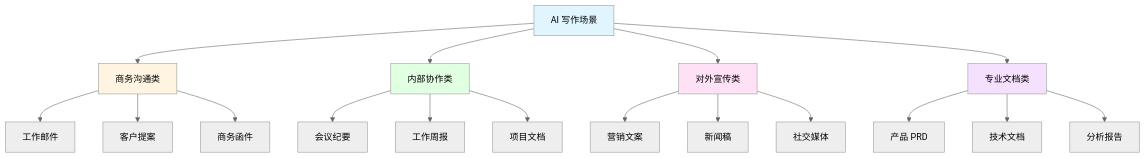
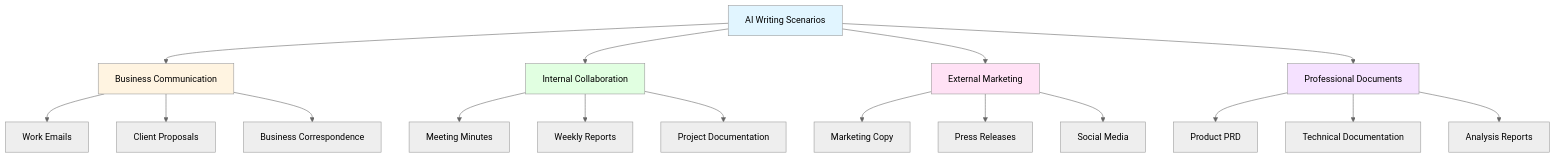
The second of 3 diagrams in docs/lessons/lesson-2.md (tianhongTina/ai-literacy-bootcamp), drawn with Mermaid (neutral theme) before and after one commit. The commit also changed other lines of this file and 18 other files, not shown here.

````diff
--- a/docs/lessons/lesson-2.md
+++ b/docs/lessons/lesson-2.md
@@ -77,29 +77,29 @@
 ```mermaid
 graph TB
-    A[AI 写作场景] --> B[商务沟通类]
-    A --> C[内部协作类]
-    A --> D[对外宣传类]
-    A --> E[专业文档类]
+    A[AI Writing Scenarios] --> B[Business Communication]
+    A --> C[Internal Collaboration]
+    A --> D[External Marketing]
+    A --> E[Professional Documents]
     
-    B --> B1[工作邮件]
-    B --> B2[客户提案]
-    B --> B3[商务函件]
+    B --> B1[Work Emails]
+    B --> B2[Client Proposals]
+    B --> B3[Business Correspondence]
     
-    C --> C1[会议纪要]
-    C --> C2[工作周报]
-    C --> C3[项目文档]
+    C --> C1[Meeting Minutes]
+    C --> C2[Weekly Reports]
+    C --> C3[Project Documentation]
     
-    D --> D1[营销文案]
-    D --> D2[新闻稿]
-    D --> D3[社交媒体]
+    D --> D1[Marketing Copy]
+    D --> D2[Press Releases]
+    D --> D3[Social Media]
     
-    E --> E1[产品 PRD]
-    E --> E2[技术文档]
-    E --> E3[分析报告]
+    E --> E1[Product PRD]
+    E --> E2[Technical Documentation]
+    E --> E3[Analysis Reports]
     
     style A fill:#e1f5ff
     style B fill:#fff4e1
     style C fill:#e1ffe1
     style D fill:#ffe1f5
     style E fill:#f5e1ff
 ```
````
